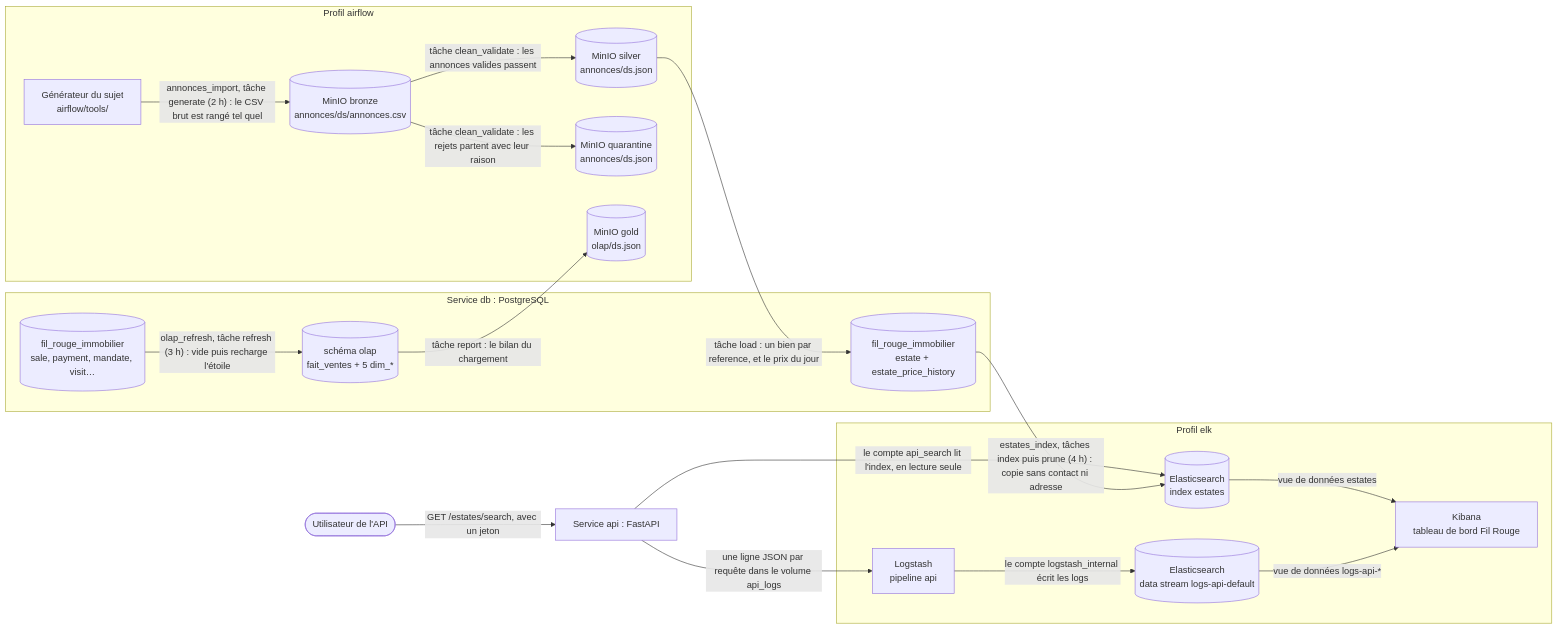
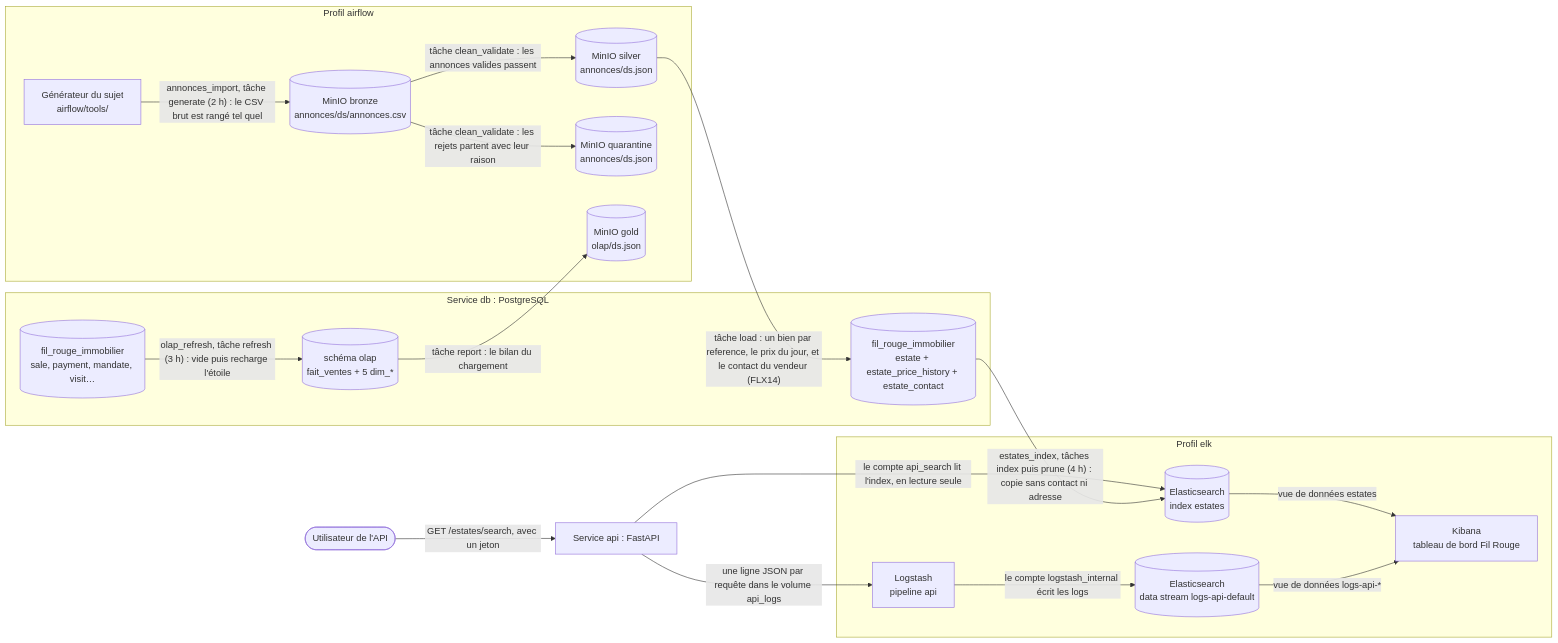
The diagram in md/flux/schema-du-flux.md (GaSeBeLa/Fil-Rouge), drawn with Mermaid before and after one commit. The commit also changed other lines of this file and 2 other files, not shown here.

Commit message:
FLX14 : Ranger le contact du vendeur dans l'import de nuit
Fiche cochée ; schéma du flux et routage de CLAUDE.md à jour.
Code : dépôt Fil-Rouge-API.

````diff
--- a/md/flux/schema-du-flux.md
+++ b/md/flux/schema-du-flux.md
@@ -12,40 +12,40 @@
 ```mermaid
 flowchart LR
     subgraph AIR["Profil airflow"]
         GEN["Générateur du sujet<br/>airflow/tools/"]
         BR[("MinIO bronze<br/>annonces/ds/annonces.csv")]
         SI[("MinIO silver<br/>annonces/ds.json")]
         QU[("MinIO quarantine<br/>annonces/ds.json")]
         GO[("MinIO gold<br/>olap/ds.json")]
     end
 
     subgraph PG["Service db : PostgreSQL"]
-        EST[("fil_rouge_immobilier<br/>estate + estate_price_history")]
+        EST[("fil_rouge_immobilier<br/>estate + estate_price_history + estate_contact")]
         OLTP[("fil_rouge_immobilier<br/>sale, payment, mandate, visit…")]
         OLAP[("schéma olap<br/>fait_ventes + 5 dim_*")]
     end
 
     subgraph ELK["Profil elk"]
         IDX[("Elasticsearch<br/>index estates")]
         LOGS[("Elasticsearch<br/>data stream logs-api-default")]
         LS["Logstash<br/>pipeline api"]
         KB["Kibana<br/>tableau de bord Fil Rouge"]
     end
 
     API["Service api : FastAPI"]
     USER(["Utilisateur de l'API"])
 
     GEN -- "annonces_import, tâche generate (2 h) : le CSV brut est rangé tel quel" --> BR
     BR -- "tâche clean_validate : les annonces valides passent" --> SI
     BR -- "tâche clean_validate : les rejets partent avec leur raison" --> QU
-    SI -- "tâche load : un bien par reference, et le prix du jour" --> EST
+    SI -- "tâche load : un bien par reference, le prix du jour, et le contact du vendeur (FLX14)" --> EST
     OLTP -- "olap_refresh, tâche refresh (3 h) : vide puis recharge l'étoile" --> OLAP
     OLAP -- "tâche report : le bilan du chargement" --> GO
     EST -- "estates_index, tâches index puis prune (4 h) : copie sans contact ni adresse" --> IDX
     USER -- "GET /estates/search, avec un jeton" --> API
     API -- "le compte api_search lit l'index, en lecture seule" --> IDX
     API -- "une ligne JSON par requête dans le volume api_logs" --> LS
     LS -- "le compte logstash_internal écrit les logs" --> LOGS
     LOGS -- "vue de données logs-api-*" --> KB
     IDX -- "vue de données estates" --> KB
 ```
````
